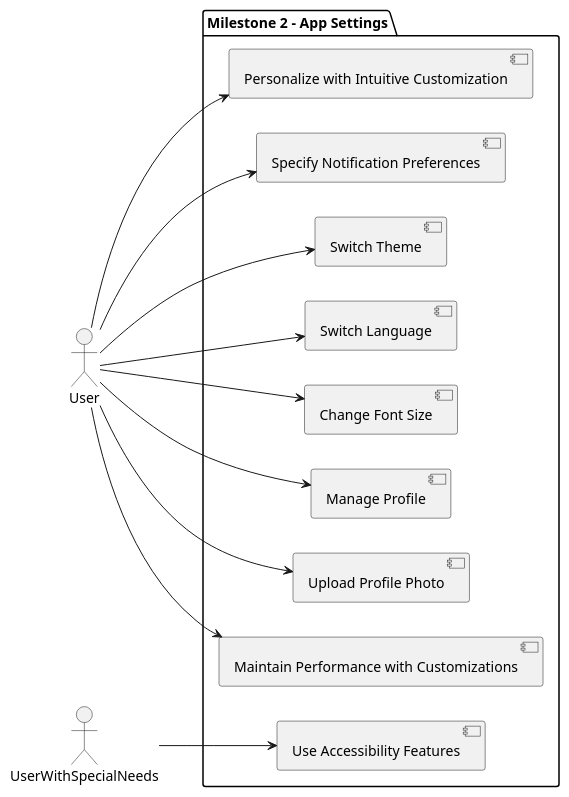
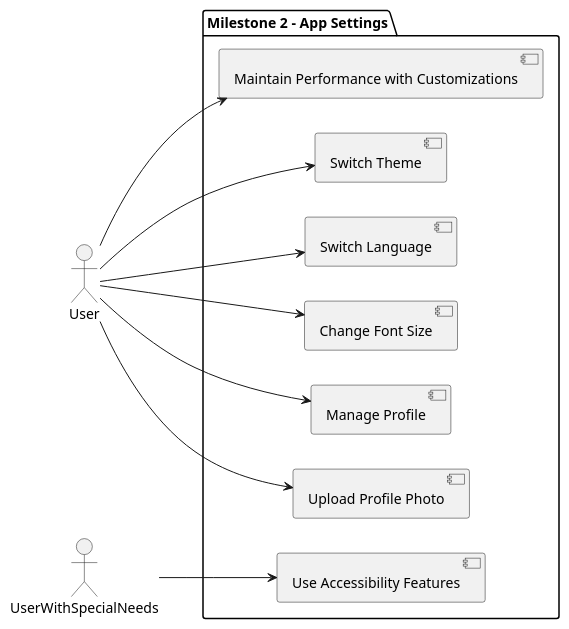
One commit to Windesheim-AI/UML-diagrams changed the diagram in fdd/use-case-diagram/milestone_2.puml. Above: the diagram before and after it, drawn with PlantUML. The commit also changed 1 other file, not shown here.

```diff
--- a/fdd/use-case-diagram/milestone_2.puml
+++ b/fdd/use-case-diagram/milestone_2.puml
@@ -1,29 +1,25 @@
 @startuml
 left to right direction
 
 actor User as U
 actor UserWithSpecialNeeds as USN
 
 package "Milestone 2 - App Settings" {
-    [Specify Notification Preferences] as SNP
     [Switch Theme] as ST
     [Switch Language] as SL
     [Change Font Size] as CFS
     [Manage Profile] as MP
     [Upload Profile Photo] as UPP
     [Use Accessibility Features] as UAF
     [Maintain Performance with Customizations] as MPC
-    [Personalize with Intuitive Customization] as PIC
 }
 
-U --> SNP
 U --> ST
 U --> SL
 U --> CFS
 U --> MP
 U --> UPP
 U --> MPC
-U --> PIC
 USN --> UAF
 
 @enduml
```
